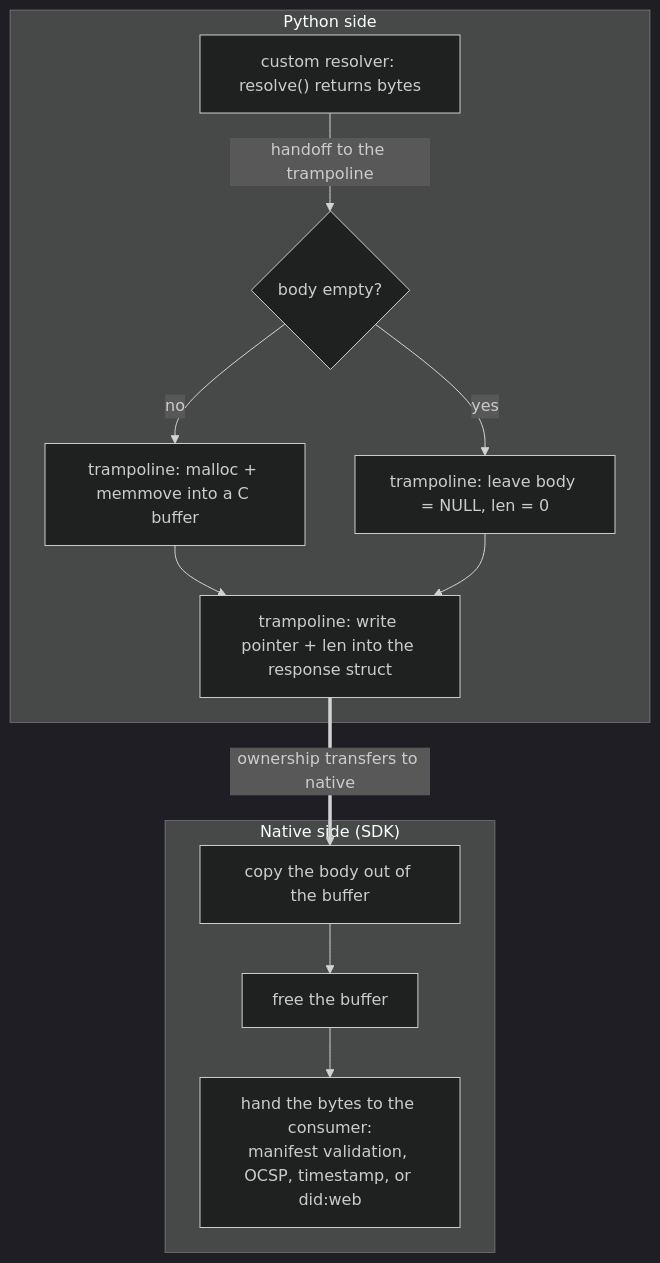
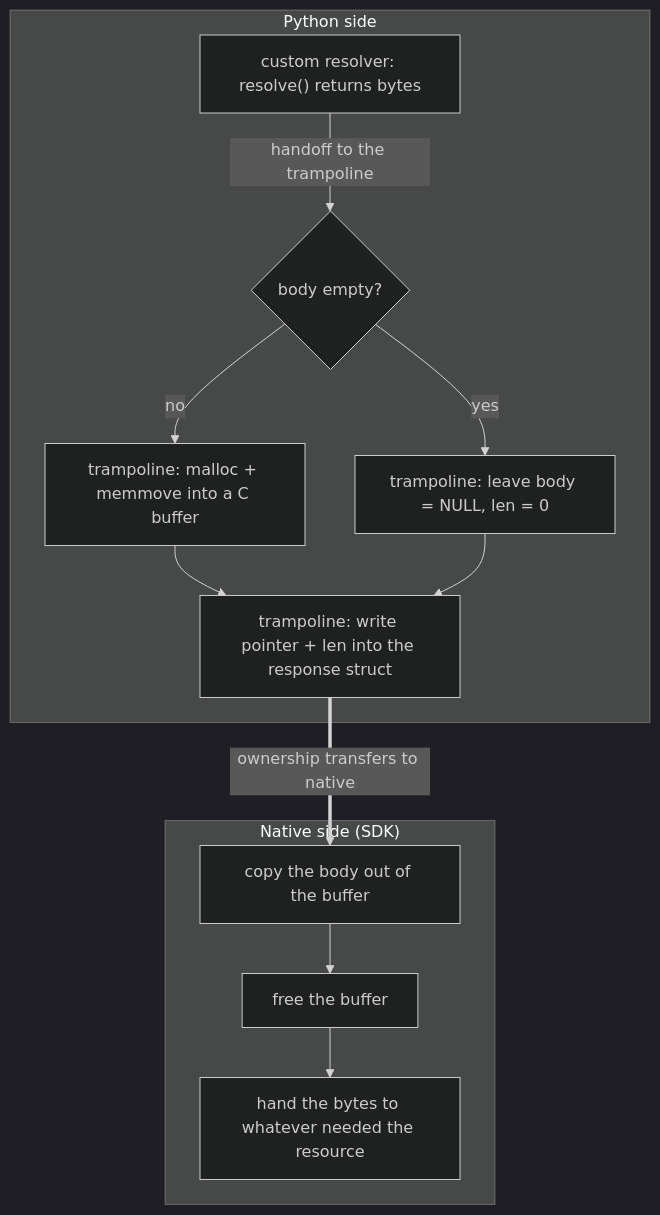
One commit to contentauth/c2pa-python changed the fourth of 4 diagrams in tests/http_resolver/README.md. Above: the diagram before and after it, drawn with Mermaid (dark theme). The commit also changed other lines of this file and 4 other files, not shown here.

````diff
--- a/tests/http_resolver/README.md
+++ b/tests/http_resolver/README.md
@@ -173,15 +175,15 @@
 ```mermaid
 flowchart TD
     subgraph PY["Python side"]
         A["custom resolver: resolve() returns bytes"] -->|handoff to the trampoline| B{body empty?}
         B -- no --> D["trampoline: malloc + memmove into a C buffer"]
         B -- yes --> C["trampoline: leave body = NULL, len = 0"]
         D --> E["trampoline: write pointer + len into the response struct"]
         C --> E
     end
     E ==>|ownership transfers to native| F
     subgraph NA["Native side (SDK)"]
         F["copy the body out of the buffer"] --> G["free the buffer"]
-        G --> H["hand the bytes to the consumer:<br/>manifest validation, OCSP, timestamp, or did:web"]
+        G --> H["hand the bytes to whatever needed the resource"]
     end
 ```
````
